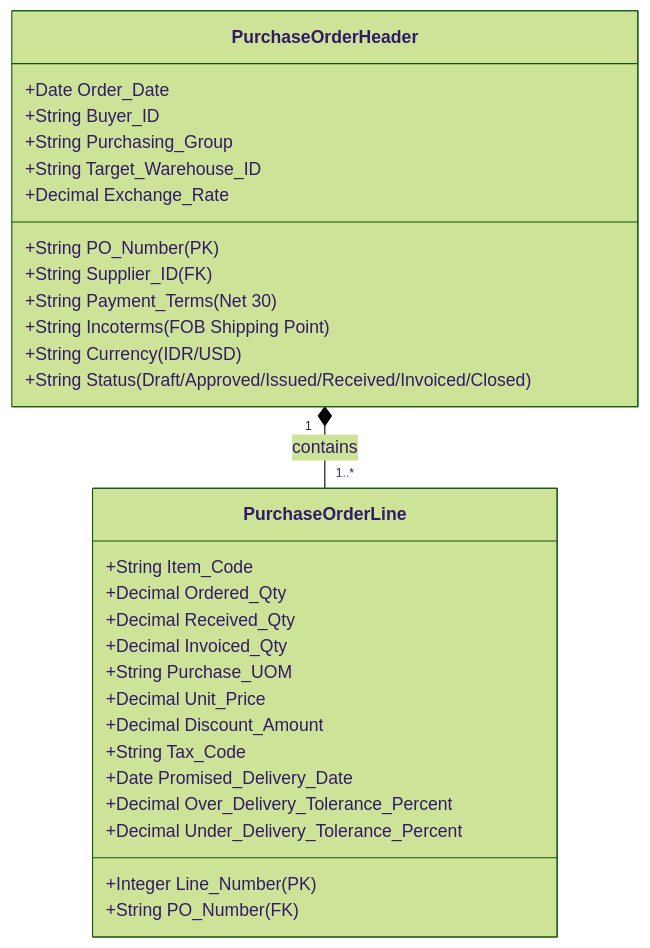
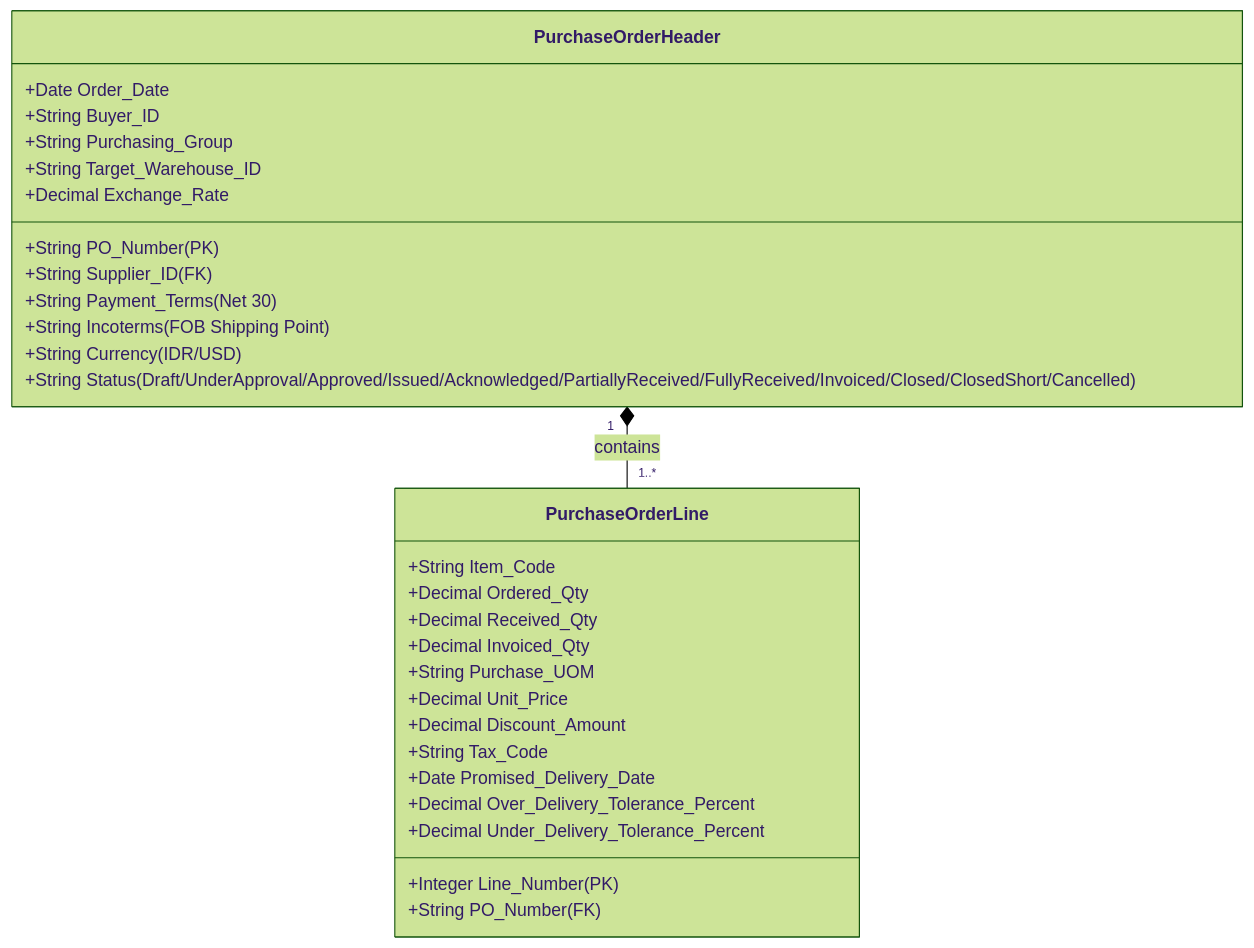
One commit to alimurrofid/erp-notes changed the first of 2 diagrams in content/04-purchasing/purchase-order.md. Above: the diagram before and after it, drawn with Mermaid (forest theme). The commit also changed other lines of this file and 168 other files, not shown here.

````diff
--- a/content/04-purchasing/purchase-order.md
+++ b/content/04-purchasing/purchase-order.md
@@ -29,34 +29,34 @@
 ```mermaid
 classDiagram
     class PurchaseOrderHeader {
         +String PO_Number (PK)
         +Date Order_Date
         +String Supplier_ID (FK)
         +String Buyer_ID
         +String Purchasing_Group
         +String Target_Warehouse_ID
         +String Payment_Terms (Net 30)
         +String Incoterms (FOB Shipping Point)
         +String Currency (IDR/USD)
         +Decimal Exchange_Rate
-        +String Status (Draft/Approved/Issued/Received/Invoiced/Closed)
+        +String Status (Draft/UnderApproval/Approved/Issued/Acknowledged/PartiallyReceived/FullyReceived/Invoiced/Closed/ClosedShort/Cancelled)
     }
 
     class PurchaseOrderLine {
         +Integer Line_Number (PK)
         +String PO_Number (FK)
         +String Item_Code
         +Decimal Ordered_Qty
         +Decimal Received_Qty
         +Decimal Invoiced_Qty
         +String Purchase_UOM
         +Decimal Unit_Price
         +Decimal Discount_Amount
         +String Tax_Code
         +Date Promised_Delivery_Date
         +Decimal Over_Delivery_Tolerance_Percent
         +Decimal Under_Delivery_Tolerance_Percent
     }
 
     PurchaseOrderHeader "1" *-- "1..*" PurchaseOrderLine : contains
 ```
````
